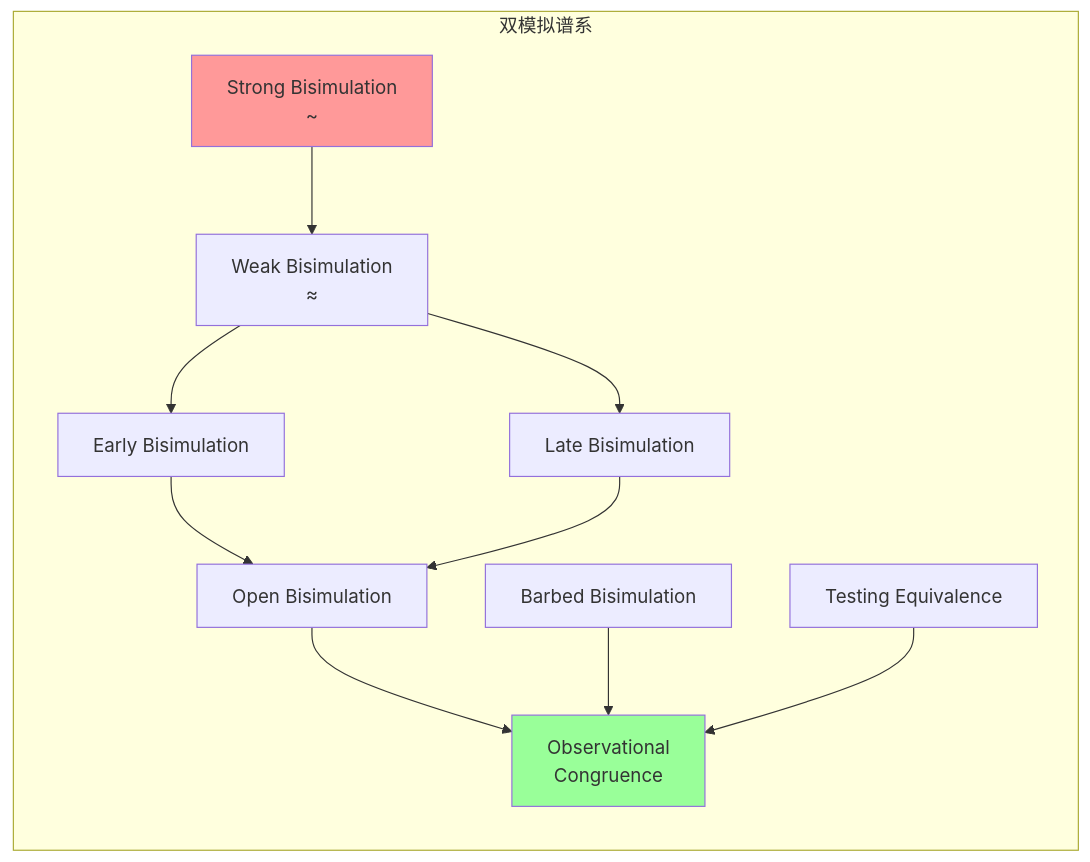
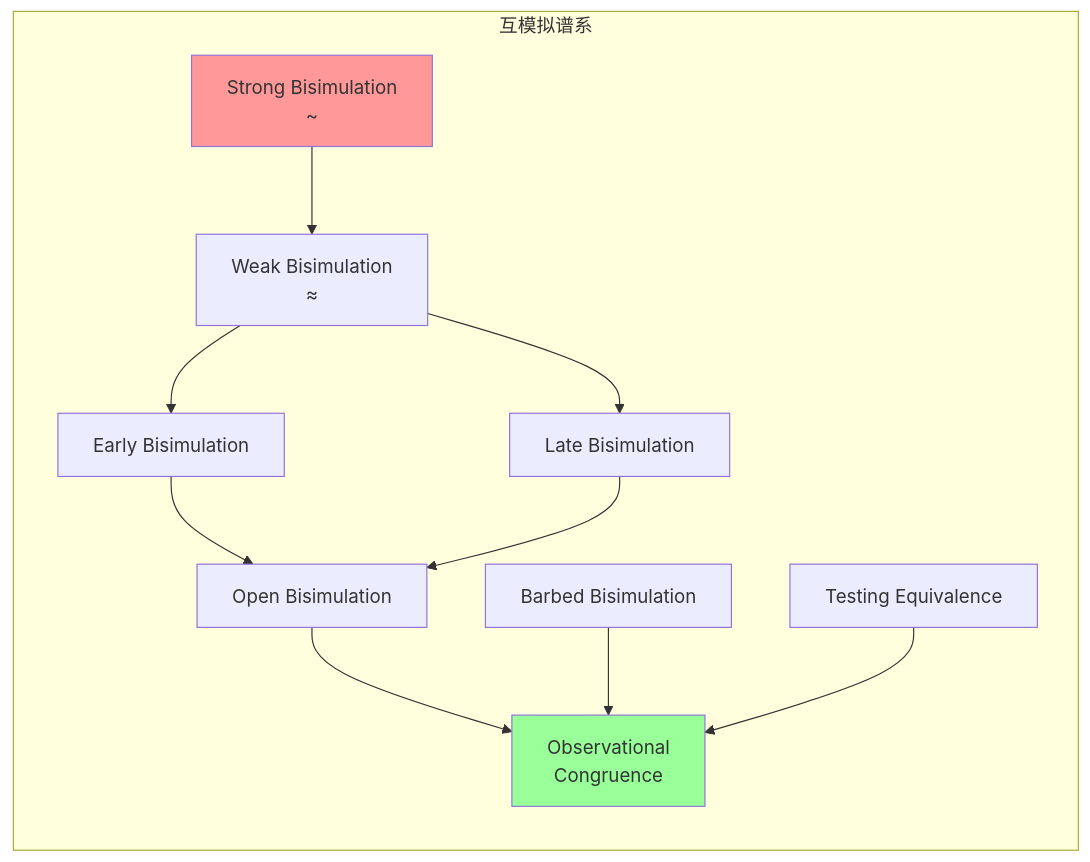
The fourth of 6 diagrams in formal-methods/02-calculi/02-pi-calculus/01-pi-calculus-basics.md (AdaMartin18010/AnalysisDataFlow), drawn with Mermaid before and after one commit. The commit also changed other lines of this file and 129 other files, not shown here.

````diff
--- a/formal-methods/02-calculi/02-pi-calculus/01-pi-calculus-basics.md
+++ b/formal-methods/02-calculi/02-pi-calculus/01-pi-calculus-basics.md
@@ -583,19 +583,19 @@
 ```mermaid
 graph LR
-    subgraph 双模拟谱系
+    subgraph 互模拟谱系
     A[Strong Bisimulation<br>~] --> B[Weak Bisimulation<br>≈]
     B --> C[Early Bisimulation]
     B --> D[Late Bisimulation]
 
     C --> E[Open Bisimulation]
     D --> E
 
     E --> F[Observational<br>Congruence]
 
     G[Barbed Bisimulation] --> F
     H[Testing Equivalence] --> F
 
     style A fill:#ff9999
     style F fill:#99ff99
     end
 ```
````
